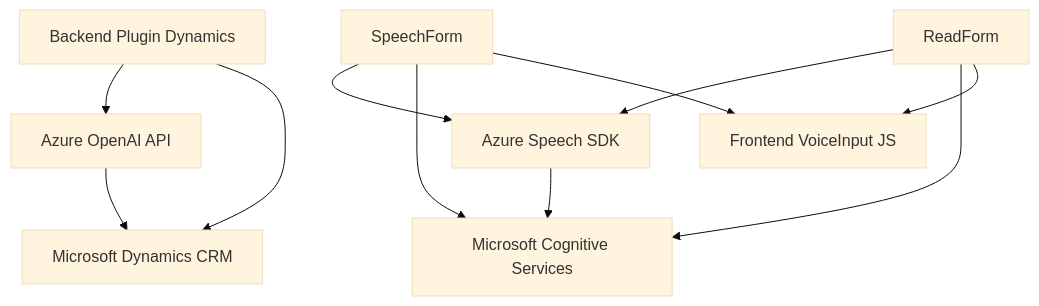
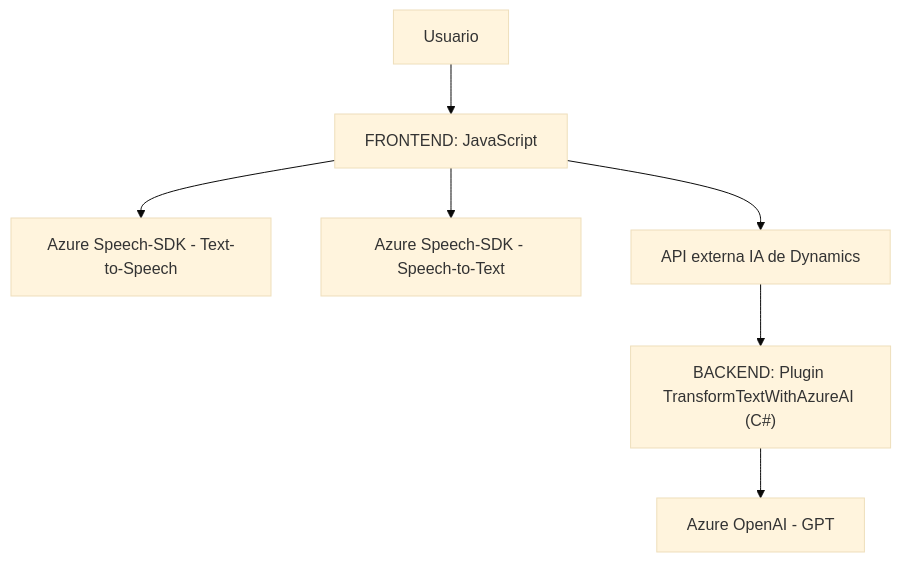
The diagram in README.md (blopezdm/NETCORE_BILBAO2025), drawn with Mermaid (base theme) before and after one commit. The commit also changed other lines of this file, not shown here.

````diff
--- a/README.md
+++ b/README.md
@@ -50,22 +60,17 @@
 ```mermaid
 graph TD
-    A["Frontend VoiceInput JS"]
-    B["Backend Plugin Dynamics"]
-    C["Microsoft Dynamics CRM"]
-    D["Azure Speech SDK"]
-    E["Azure OpenAI API"]
-    F["Microsoft Cognitive Services"]
-    G["SpeechForm"]
-    H["ReadForm"]
+    A["Usuario"]
+    B["FRONTEND: JavaScript"]
+    C["Azure Speech-SDK - Text-to-Speech"]
+    D["Azure Speech-SDK - Speech-to-Text"]
+    E["API externa IA de Dynamics"]
+    F["BACKEND: Plugin TransformTextWithAzureAI (C#)"]
+    G["Azure OpenAI - GPT"]
 
-    G --> D
-    G --> F
-    H --> D
-    H --> F
-    G --> A
-    H --> A
-    B --> E
-    B --> C
-    D --> F
-    E --> C
+    A-->B
+    B-->C
+    B-->D
+    B-->E
+    E-->F
+    F-->G
 ```
````
